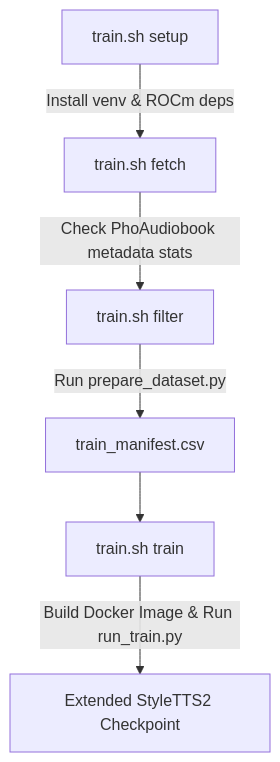
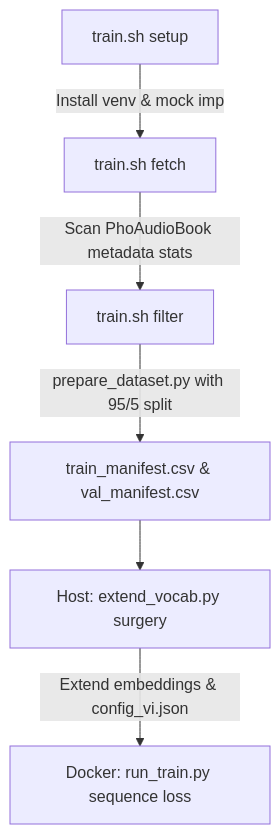
The diagram in WALKTHROUGH.md (PrivateArena/tts_kokoro_vi), drawn with Mermaid before and after one commit. The commit also changed other lines of this file and 5 other files, not shown here.

````diff
--- a/WALKTHROUGH.md
+++ b/WALKTHROUGH.md
@@ -31,8 +26,8 @@
 ```mermaid
 graph TD
-    A[train.sh setup] -->|Install venv & ROCm deps| B[train.sh fetch]
-    B -->|Check PhoAudiobook metadata stats| C[train.sh filter]
-    C -->|Run prepare_dataset.py| D[train_manifest.csv]
-    D --> E[train.sh train]
-    E -->|Build Docker Image & Run run_train.py| F[Extended StyleTTS2 Checkpoint]
+    A[train.sh setup] -->|Install venv & mock imp| B[train.sh fetch]
+    B -->|Scan PhoAudioBook metadata stats| C[train.sh filter]
+    C -->|prepare_dataset.py with 95/5 split| D[train_manifest.csv & val_manifest.csv]
+    D --> E[Host: extend_vocab.py surgery]
+    E -->|Extend embeddings & config_vi.json| F[Docker: run_train.py sequence loss]
 ```
````
